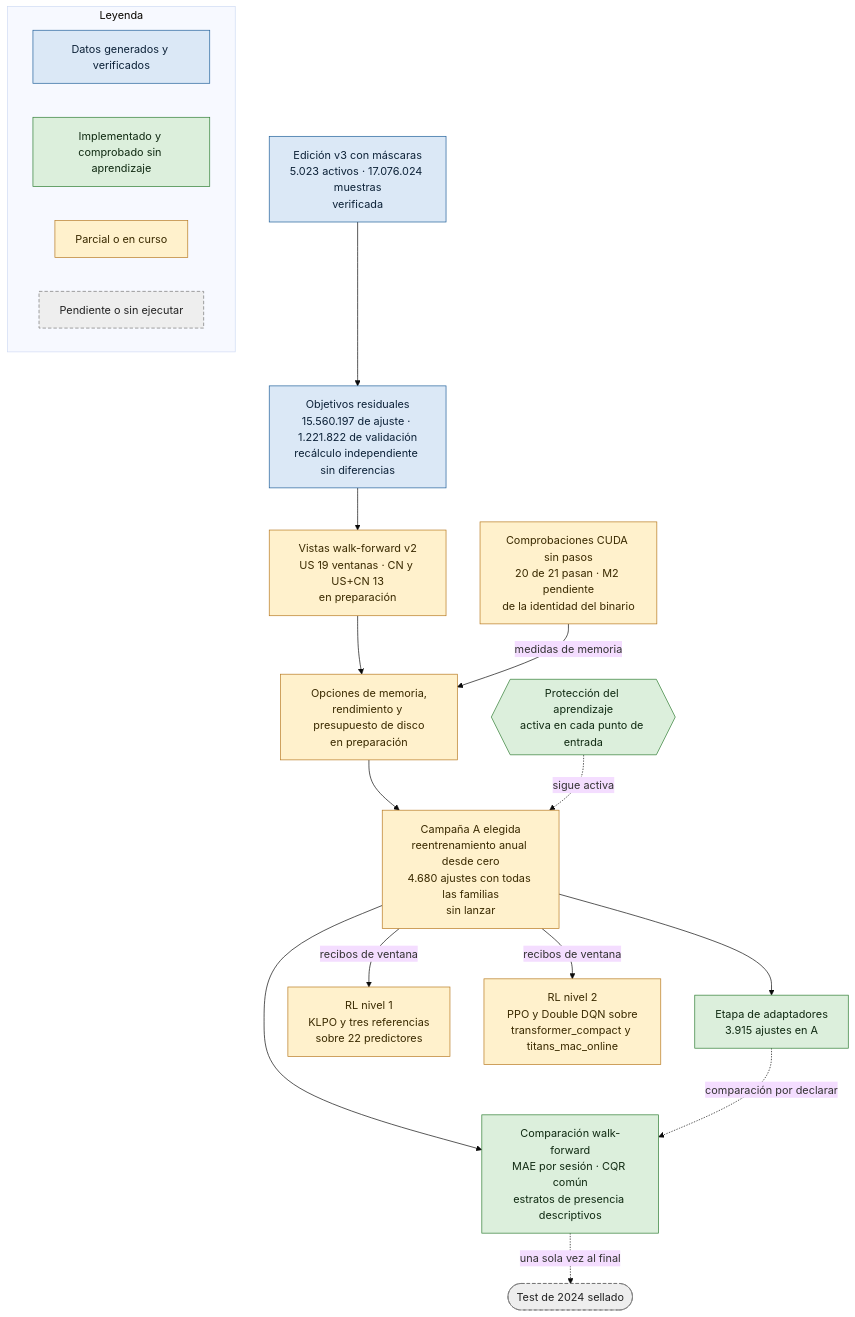
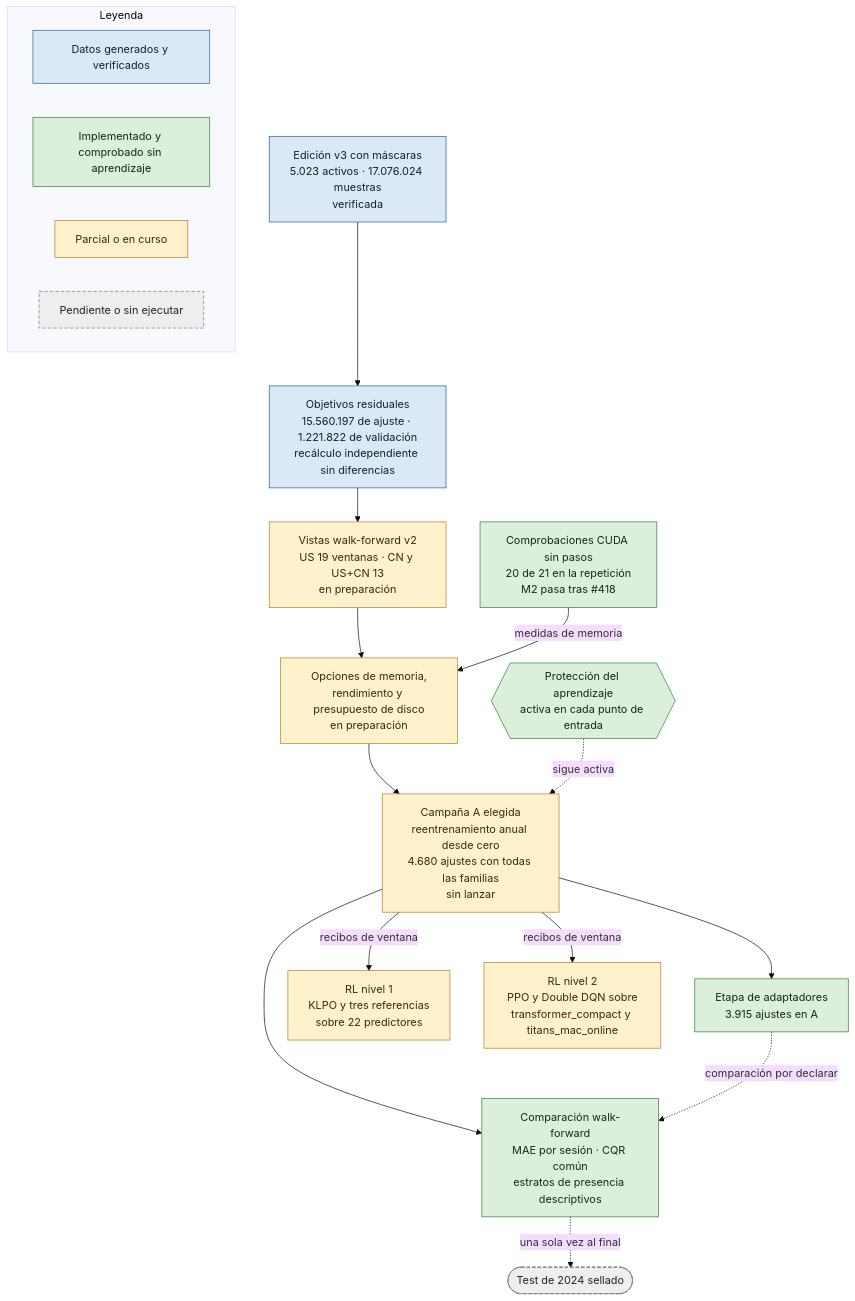
The first of 3 diagrams in README.md (GonxKZ/mars-titan), drawn with Mermaid (base theme) before and after one commit. The commit also changed other lines of this file and 8 other files, not shown here.

````diff
--- a/README.md
+++ b/README.md
@@ -33,37 +33,37 @@
 ```mermaid
 flowchart TD
     E["Edición v3 con máscaras<br/>5.023 activos · 17.076.024 muestras<br/>verificada"]:::ejecutado
     O["Objetivos residuales<br/>15.560.197 de ajuste · 1.221.822 de validación<br/>recálculo independiente sin diferencias"]:::ejecutado
     H{{"Protección del aprendizaje<br/>activa en cada punto de entrada"}}:::comprobado
     W["Vistas walk-forward v2<br/>US 19 ventanas · CN y US+CN 13<br/>en preparación"]:::parcial
-    K["Comprobaciones CUDA sin pasos<br/>20 de 21 pasan · M2 pendiente<br/>de la identidad del binario"]:::parcial
+    K["Comprobaciones CUDA sin pasos<br/>20 de 21 en la repetición<br/>M2 pasa tras #418"]:::comprobado
     Q["Opciones de memoria,<br/>rendimiento y presupuesto de disco<br/>en preparación"]:::parcial
     A["Campaña A elegida<br/>reentrenamiento anual desde cero<br/>4.680 ajustes con todas las familias<br/>sin lanzar"]:::parcial
     P["Etapa de adaptadores<br/>3.915 ajustes en A"]:::comprobado
     R1["RL nivel 1<br/>KLPO y tres referencias<br/>sobre 22 predictores"]:::parcial
     R2["RL nivel 2<br/>PPO y Double DQN sobre<br/>transformer_compact y titans_mac_online"]:::parcial
     C["Comparación walk-forward<br/>MAE por sesión · CQR común<br/>estratos de presencia descriptivos"]:::comprobado
     T(["Test de 2024 sellado"]):::pendiente
 
     E --> O --> W --> Q --> A
     K -- medidas de memoria --> Q
     H -. sigue activa .-> A
     A --> P
     A -- recibos de ventana --> R1
     A -- recibos de ventana --> R2
     A --> C
     P -. comparación por declarar .-> C
     C -. una sola vez al final .-> T
 
     subgraph LEY["Leyenda"]
         L0["Datos generados y verificados"]:::ejecutado
         L1["Implementado y comprobado sin aprendizaje"]:::comprobado
         L2["Parcial o en curso"]:::parcial
         L3["Pendiente o sin ejecutar"]:::pendiente
     end
 
     classDef ejecutado fill:#dbe8f6,stroke:#1f5f99,color:#0d2238
     classDef comprobado fill:#dcefdc,stroke:#2e7d32,color:#102a12
     classDef parcial fill:#fff1cc,stroke:#b7791f,color:#3a2a00
     classDef pendiente fill:#eeeeee,stroke:#757575,color:#222222,stroke-dasharray:5 3
 ```
````
